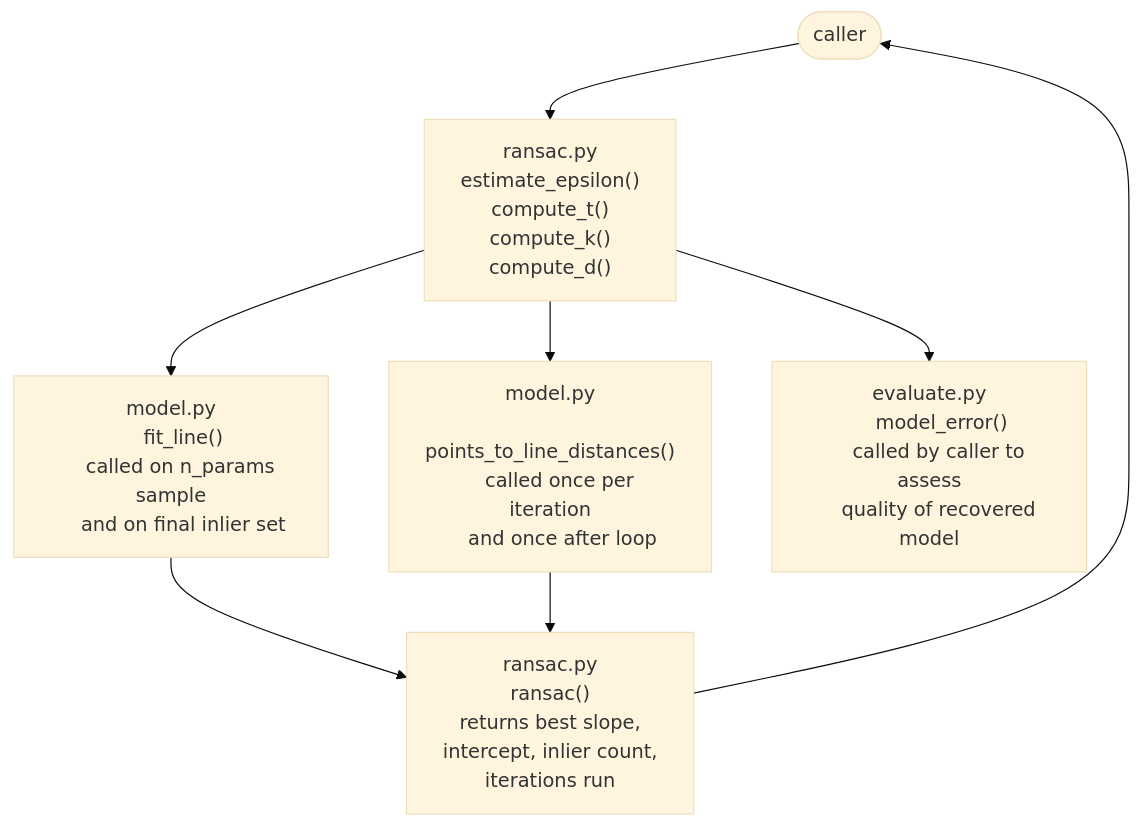
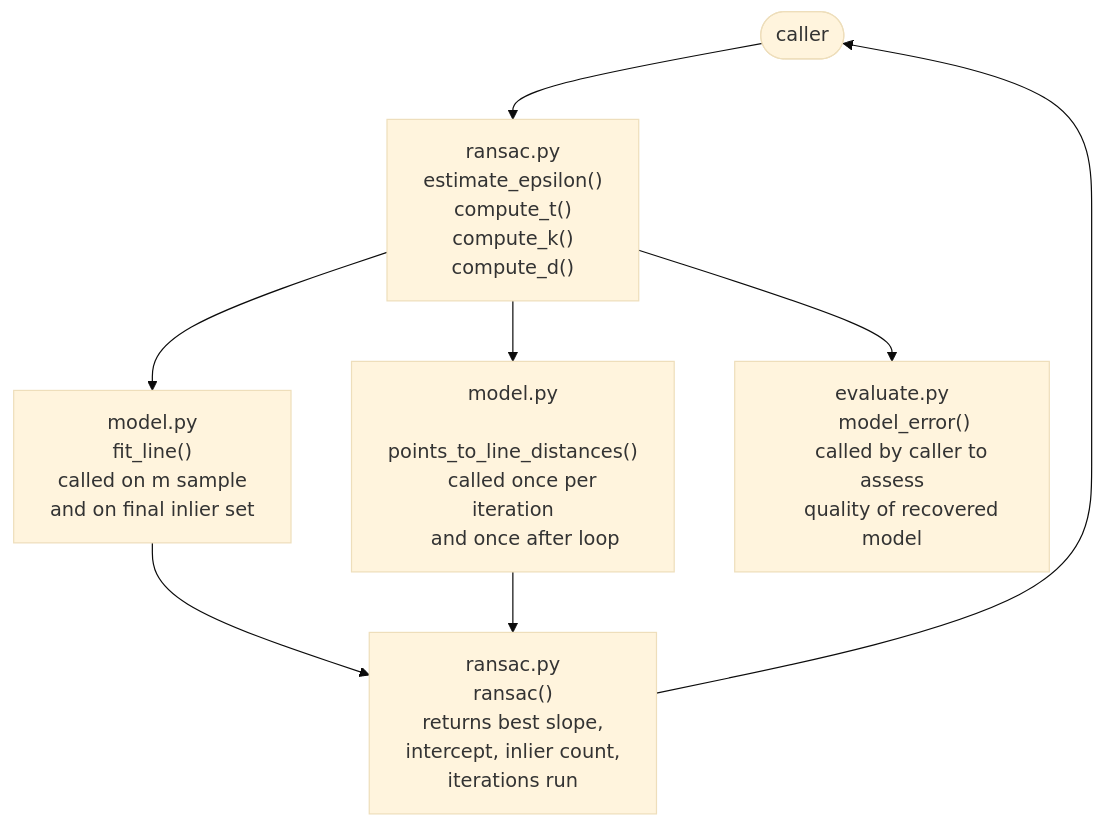
The second of 2 diagrams in README.md (arshsinghphd/RANSAC-analysis), drawn with Mermaid (base theme) before and after one commit. The commit also changed other lines of this file, not shown here.

````diff
--- a/README.md
+++ b/README.md
@@ -409,39 +439,39 @@
 ```mermaid
 flowchart TD
     A([caller]) --> B
 
     B["ransac.py
     estimate_epsilon()
     compute_t()
     compute_k()
     compute_d()"]
     B --> C
     B --> D
     B --> E
 
     C["model.py
     fit_line()
-    called on n_params sample
+    called on m sample
     and on final inlier set"]
 
     D["model.py
     points_to_line_distances()
     called once per iteration
     and once after loop"]
 
     E["evaluate.py
     model_error()
     called by caller to assess
     quality of recovered model"]
 
     C --> F
     D --> F
 
     F["ransac.py
     ransac()
     returns best slope,
     intercept, inlier count,
     iterations run"]
 
     F --> A
 ```
````
